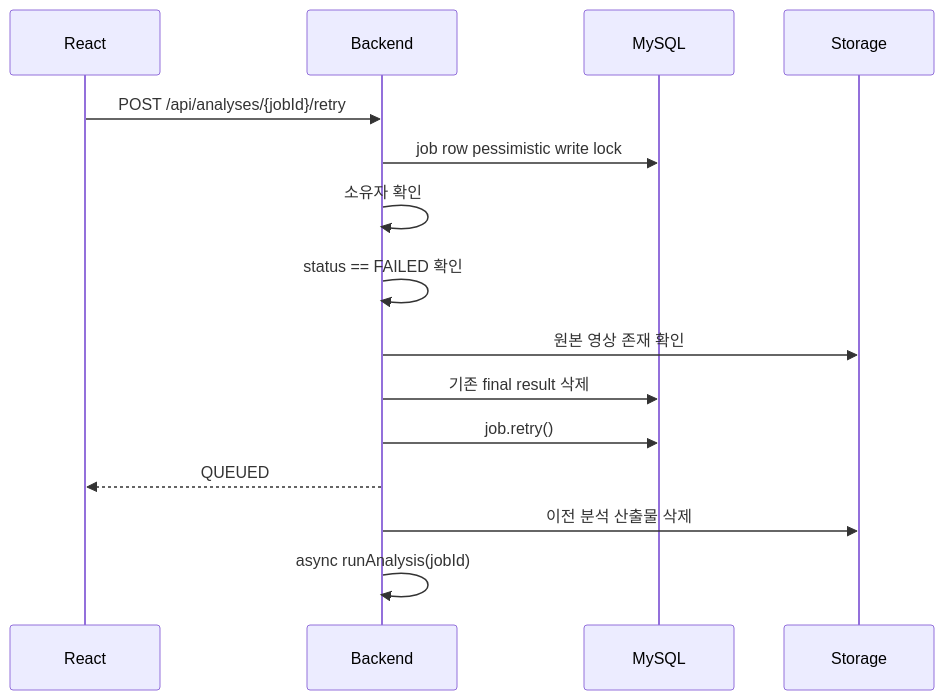
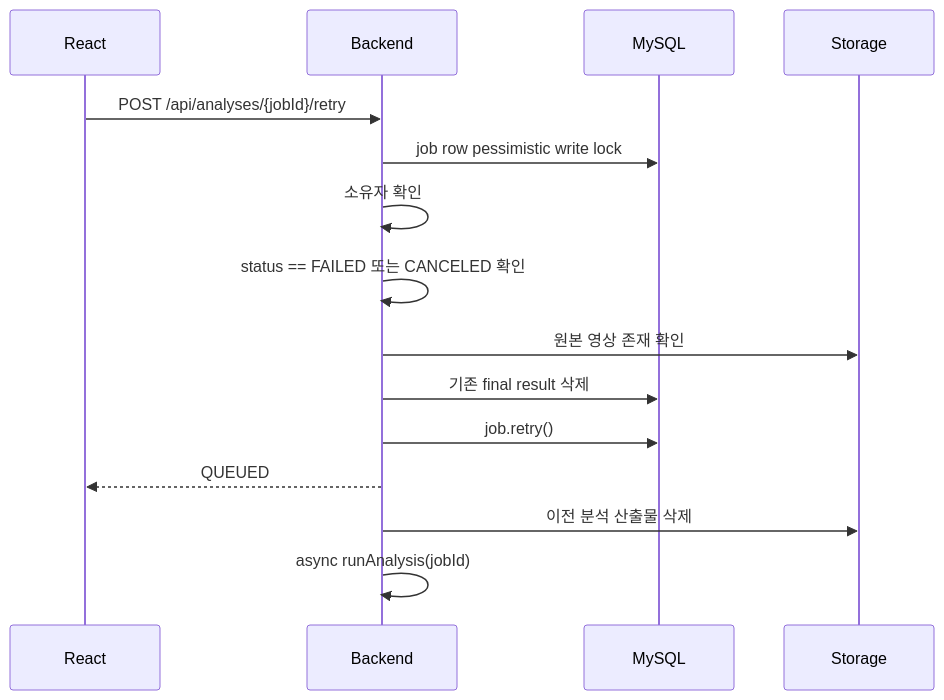
One commit to multiModalAiCoachingSystem/HaniumProject-Spring changed the second of 2 diagrams in docs/architecture/05-error-handling.md. Above: the diagram before and after it, drawn with Mermaid. The commit also changed other lines of this file and 37 other files, not shown here.

````diff
--- a/docs/architecture/05-error-handling.md
+++ b/docs/architecture/05-error-handling.md
@@ -40,18 +40,18 @@
 ```mermaid
 sequenceDiagram
     participant UI as React
     participant BE as Backend
     participant DB as MySQL
     participant FS as Storage
 
     UI->>BE: POST /api/analyses/{jobId}/retry
     BE->>DB: job row pessimistic write lock
     BE->>BE: 소유자 확인
-    BE->>BE: status == FAILED 확인
+    BE->>BE: status == FAILED 또는 CANCELED 확인
     BE->>FS: 원본 영상 존재 확인
     BE->>DB: 기존 final result 삭제
     BE->>DB: job.retry()
     BE-->>UI: QUEUED
     BE->>FS: 이전 분석 산출물 삭제
     BE->>BE: async runAnalysis(jobId)
 ```
````
